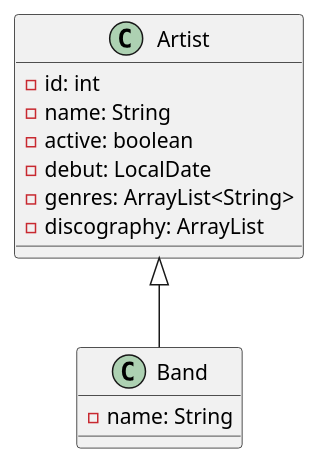
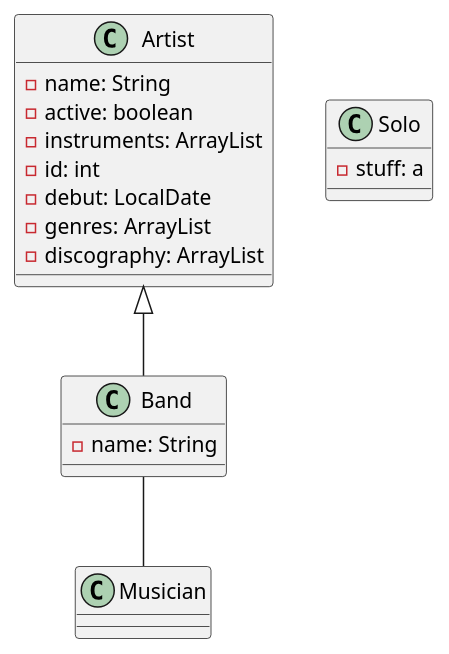
One commit to optickx/Database changed the diagram in Diagrams/a.puml. Above: the diagram before and after it, drawn with PlantUML. The commit also changed 7 other files, not shown here.

```diff
--- a/Diagrams/a.puml
+++ b/Diagrams/a.puml
@@ -1,17 +1,27 @@
+'yeah
+
 class Artist {
-    -id: int
     -name: String
     -active: boolean
+    -instruments: ArrayList
+    -id: int
     -debut: LocalDate
-    -genres: ArrayList<String>
+    -genres: ArrayList
     -discography: ArrayList
-
 }
 
 class Band {
     -name: String
 }
 
+class Solo {
+    -stuff: a
+}
 
+class Musician {
+    
+}
 
 Artist <|-- Band
+
+Band -- Musician
```
